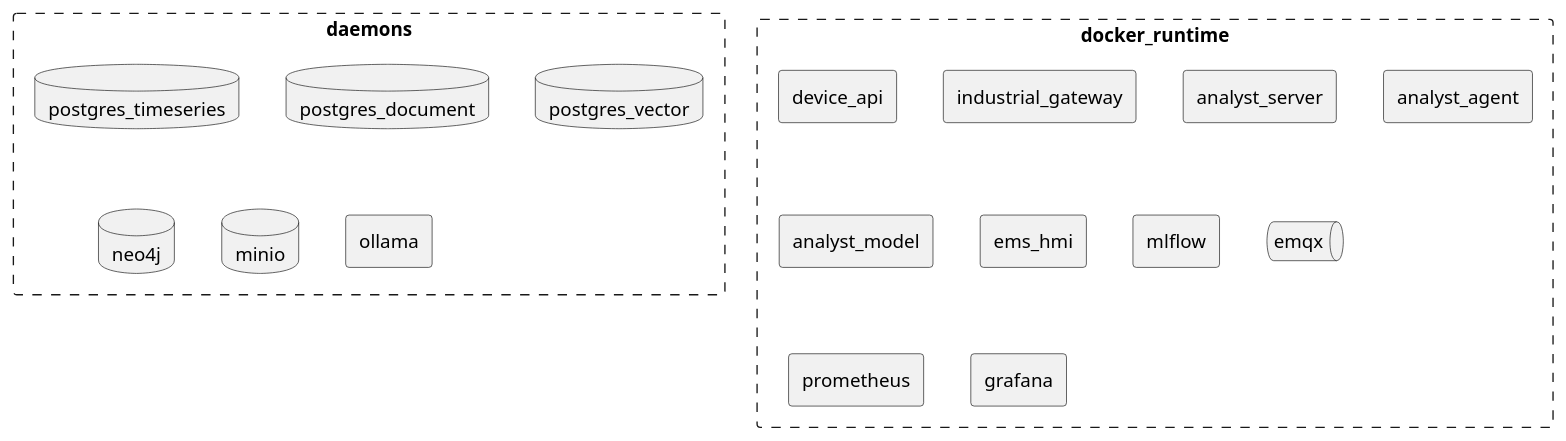
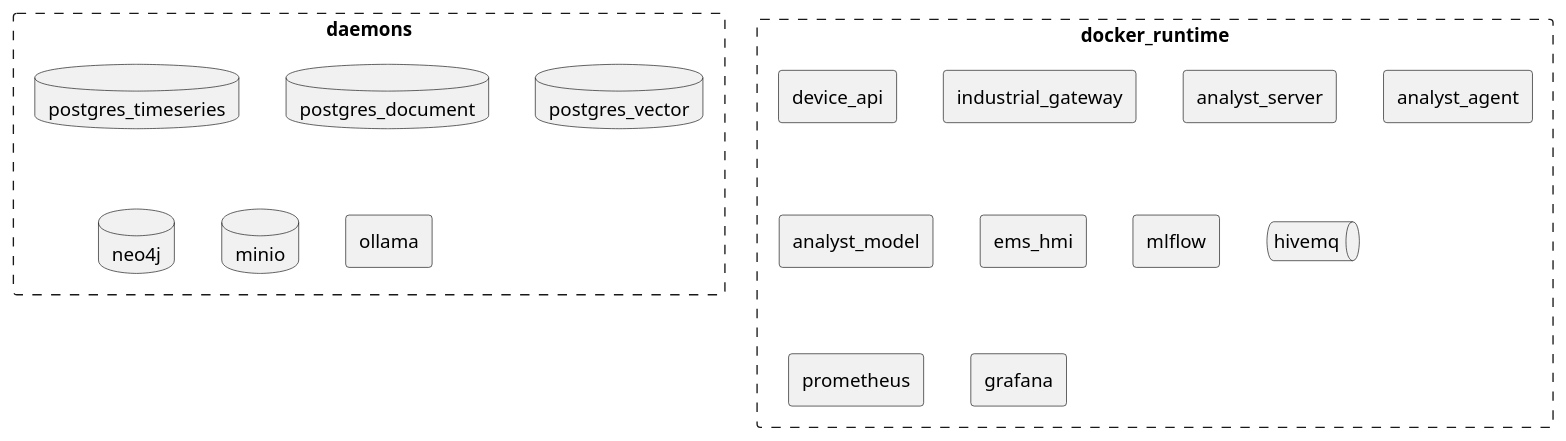
One commit to arcnode-io/ems changed the fifth of 6 diagrams in readme.md. Above: the diagram before and after it, drawn with PlantUML. The commit also changed other lines of this file and 1 other file, not shown here.

First line of the commit message:
📝 docs: swap EMQX → HiveMQ CE in broker references

````diff
--- a/readme.md
+++ b/readme.md
@@ -190,24 +190,24 @@
 ```plantuml
 rectangle daemons #line.dashed {
     database postgres_timeseries 
     database postgres_document 
     database postgres_vector
     database neo4j
     database minio
     rectangle ollama
     }
 
     rectangle docker_runtime #line.dashed {
     rectangle device_api
     rectangle industrial_gateway
     rectangle analyst_server
     rectangle analyst_agent
     rectangle analyst_model
     rectangle ems_hmi
     rectangle mlflow
-    queue emqx
+    queue hivemq
     rectangle prometheus
     rectangle grafana
 }
 
 ```
````
